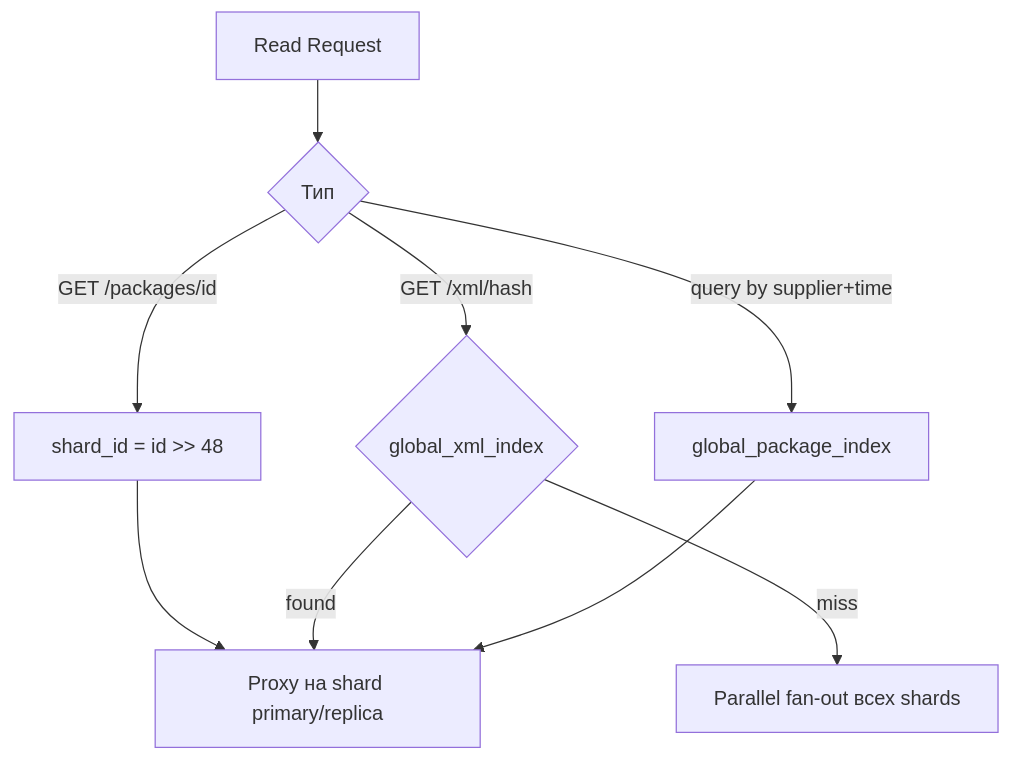
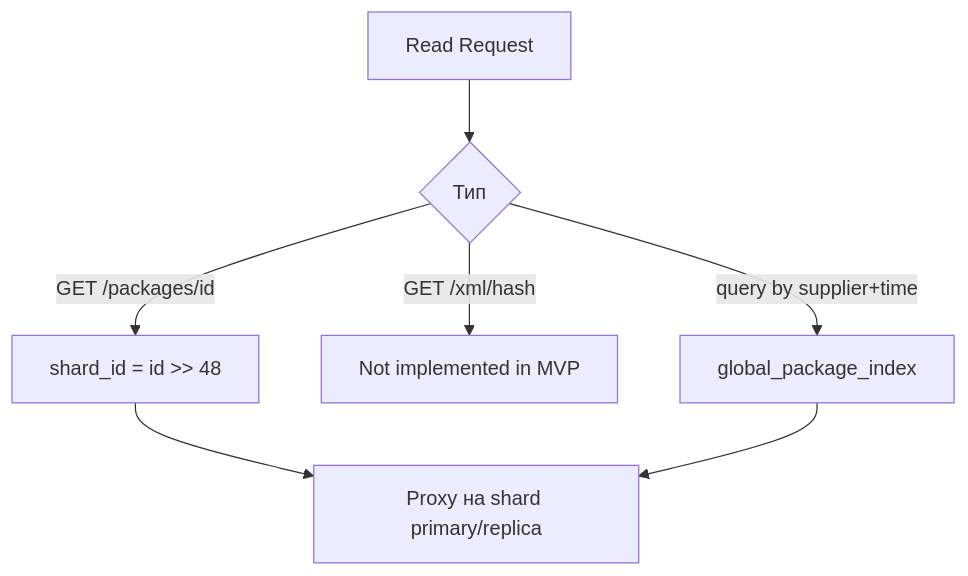
One commit to tormoz70/little-big-files changed the fifth of 5 diagrams in docs/sharding-model.md. Above: the diagram before and after it, drawn with Mermaid. The commit also changed other lines of this file and 38 other files, not shown here.

````diff
--- a/docs/sharding-model.md
+++ b/docs/sharding-model.md
@@ -103,14 +100,12 @@
 ```mermaid
 flowchart TD
     req[Read Request] --> type{Тип}
 
     type -->|GET /packages/id| decode["shard_id = id >> 48"]
     decode --> proxy[Proxy на shard primary/replica]
 
-    type -->|GET /xml/hash| idx{global_xml_index}
-    idx -->|found| proxy
-    idx -->|miss| fanout[Parallel fan-out всех shards]
+    type -->|GET /xml/hash| noxml[Not implemented in MVP]
 
     type -->|query by supplier+time| gpi[global_package_index]
     gpi --> proxy
 ```
````
